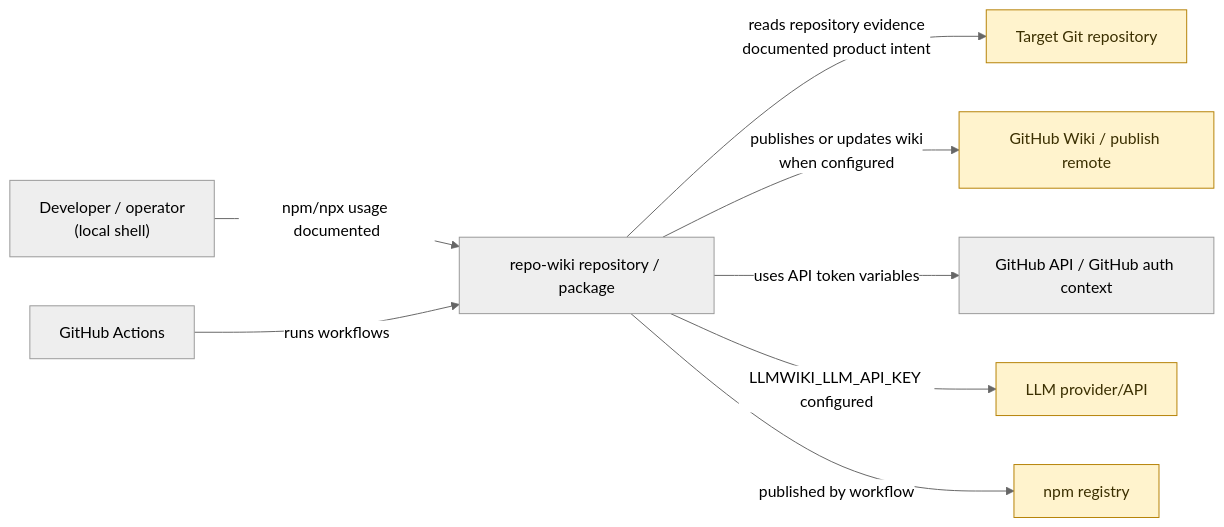
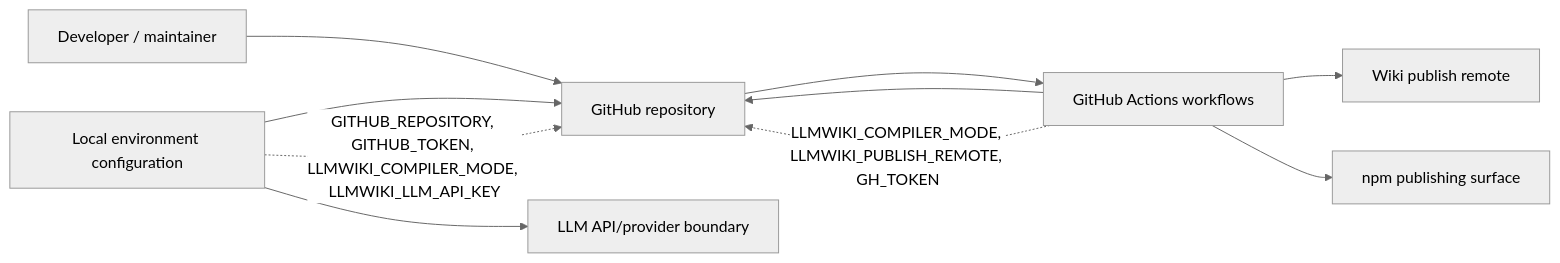
One commit to mfittko/repo-wiki changed the first of 4 diagrams in Architecture.md. Above: the diagram before and after it, drawn with Mermaid (neutral theme). The commit also changed other lines of this file and 46 other files, not shown here.

Commit message:
Compile repository wiki 2026-06-13T10:37:27.834Z

````diff
--- a/Architecture.md
+++ b/Architecture.md
@@ -57,13 +48,21 @@
 ```mermaid
 flowchart LR
-    User["Developer / operator<br/>(local shell)"] -->|npm/npx usage documented| RepoWiki["repo-wiki repository / package"]
-    GitHubActions["GitHub Actions"] -->|runs workflows| RepoWiki
-    RepoWiki -->|reads repository evidence<br/>documented product intent| SourceRepo["Target Git repository"]
-    RepoWiki -->|publishes or updates wiki<br/>when configured| WikiRemote["GitHub Wiki / publish remote"]
-    RepoWiki -->|uses API token variables| GitHubAPI["GitHub API / GitHub auth context"]
-    RepoWiki -->|LLMWIKI_LLM_API_KEY configured| LLMProvider["LLM provider/API"]
-    RepoWiki -->|published by workflow| NpmRegistry["npm registry"]
+  Dev["Developer / maintainer"]
+  GitHub["GitHub repository"]
+  Actions["GitHub Actions workflows"]
+  WikiRemote["Wiki publish remote"]
+  Npm["npm publishing surface"]
+  LLM["LLM API/provider boundary"]
+  LocalEnv["Local environment configuration"]
 
-    classDef uncertain fill:#fff3cd,stroke:#b58105,color:#3b2f00;
-    class LLMProvider,SourceRepo,WikiRemote,NpmRegistry uncertain;
+  Dev --> GitHub
+  GitHub --> Actions
+  LocalEnv --> GitHub
+  LocalEnv --> LLM
+  Actions --> WikiRemote
+  Actions --> Npm
+  Actions --> GitHub
+
+  LocalEnv -. "GITHUB_REPOSITORY, GITHUB_TOKEN, LLMWIKI_COMPILER_MODE, LLMWIKI_LLM_API_KEY" .-> GitHub
+  Actions -. "LLMWIKI_COMPILER_MODE, LLMWIKI_PUBLISH_REMOTE, GH_TOKEN" .-> GitHub
 ```
````
